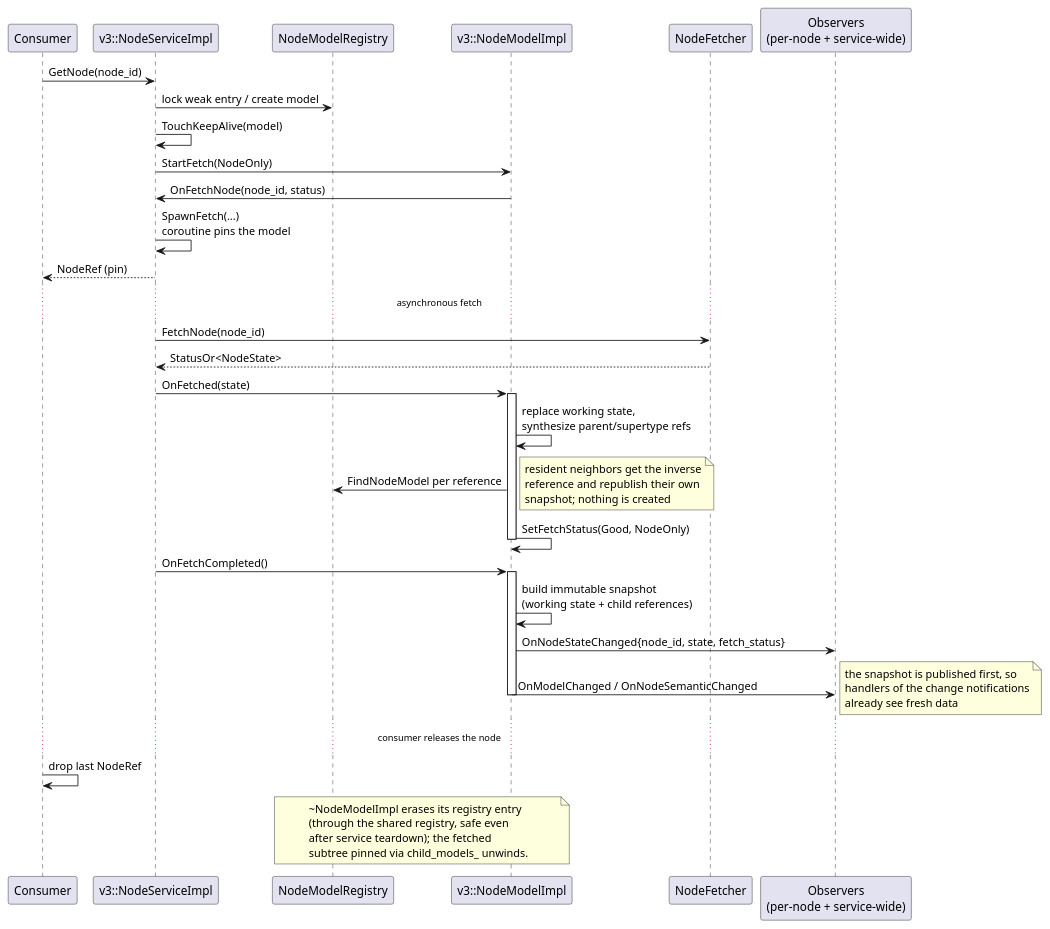
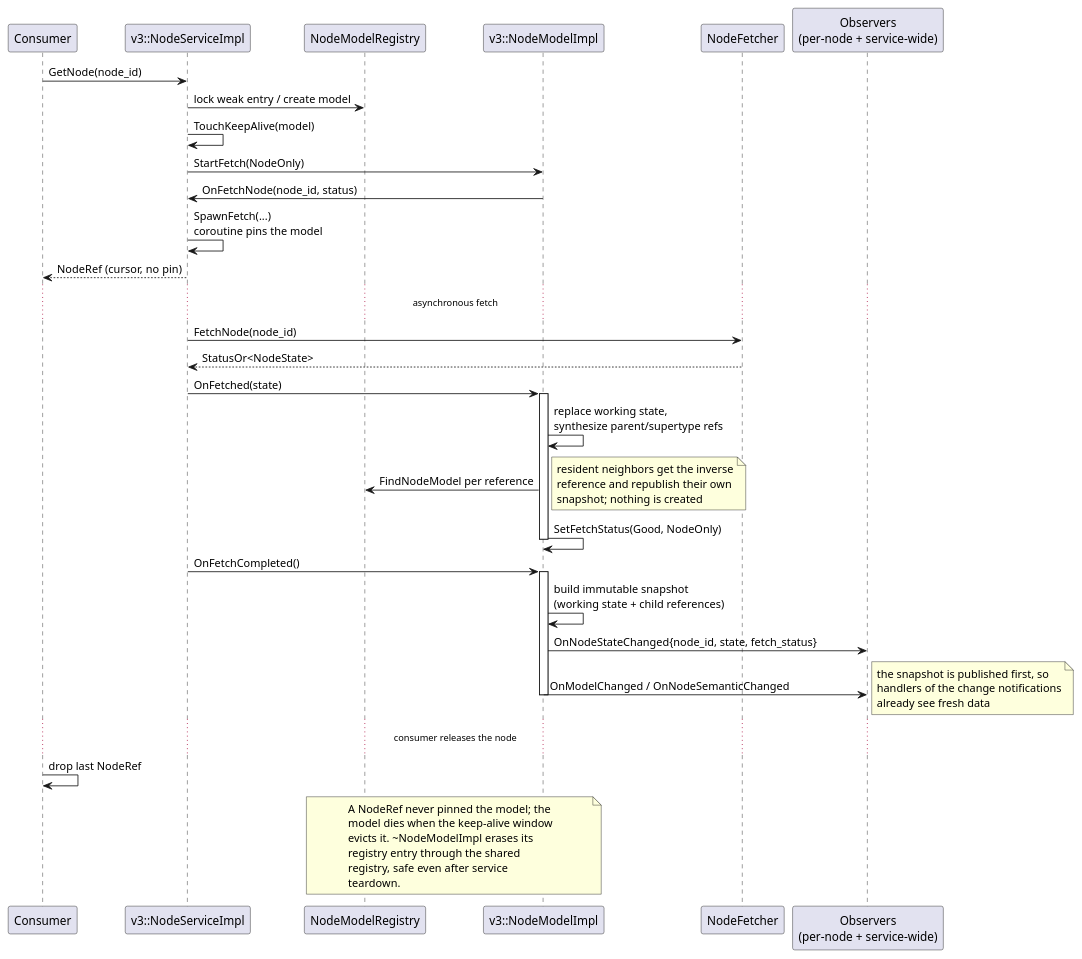
Before and after one commit to alexsmn/scada-common: the diagram in docs/diagrams/node_service_fetch_sequence.puml, drawn with PlantUML. The commit also changed 25 other files, not shown here.

```diff
--- a/docs/diagrams/node_service_fetch_sequence.puml
+++ b/docs/diagrams/node_service_fetch_sequence.puml
@@ -1,49 +1,51 @@
 @startuml node_service_fetch_sequence
 ' v3 node fetch: pinning, working-state update, snapshot publication.
 skinparam backgroundColor #FFFFFF
 skinparam shadowing false
 
 participant Consumer
 participant "v3::NodeServiceImpl" as Service
 participant "NodeModelRegistry" as Registry
 participant "v3::NodeModelImpl" as Model
 participant "NodeFetcher" as Fetcher
 participant "Observers\n(per-node + service-wide)" as Observers
 
 Consumer -> Service : GetNode(node_id)
 Service -> Registry : lock weak entry / create model
 Service -> Service : TouchKeepAlive(model)
 Service -> Model : StartFetch(NodeOnly)
 Model -> Service : OnFetchNode(node_id, status)
 Service -> Service : SpawnFetch(...)\ncoroutine pins the model
-Service --> Consumer : NodeRef (pin)
+Service --> Consumer : NodeRef (cursor, no pin)
 
 ... asynchronous fetch ...
 
 Service -> Fetcher : FetchNode(node_id)
 Fetcher --> Service : StatusOr<NodeState>
 Service -> Model : OnFetched(state)
 activate Model
 Model -> Model : replace working state,\nsynthesize parent/supertype refs
 Model -> Registry : FindNodeModel per reference
 note right : resident neighbors get the inverse\nreference and republish their own\nsnapshot; nothing is created
 Model -> Model : SetFetchStatus(Good, NodeOnly)
 deactivate Model
 Service -> Model : OnFetchCompleted()
 activate Model
 Model -> Model : build immutable snapshot\n(working state + child references)
 Model -> Observers : OnNodeStateChanged{node_id, state, fetch_status}
 Model -> Observers : OnModelChanged / OnNodeSemanticChanged
 note right : the snapshot is published first, so\nhandlers of the change notifications\nalready see fresh data
 deactivate Model
 
 ... consumer releases the node ...
 
 Consumer -> Consumer : drop last NodeRef
 note over Model, Registry
-  ~NodeModelImpl erases its registry entry
-  (through the shared registry, safe even
-  after service teardown); the fetched
-  subtree pinned via child_models_ unwinds.
+  A NodeRef never pinned the model; the
+  model dies when the keep-alive window
+  evicts it. ~NodeModelImpl erases its
+  registry entry through the shared
+  registry, safe even after service
+  teardown.
 end note
 @enduml
```
